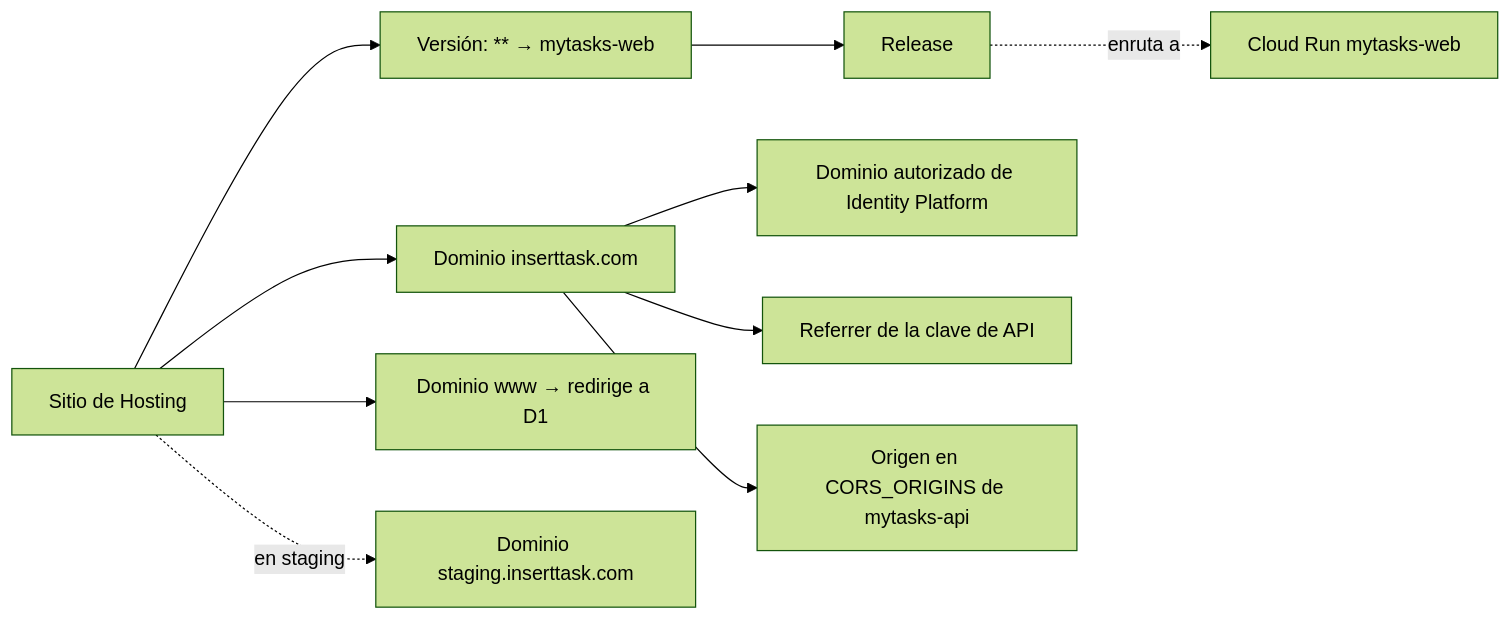
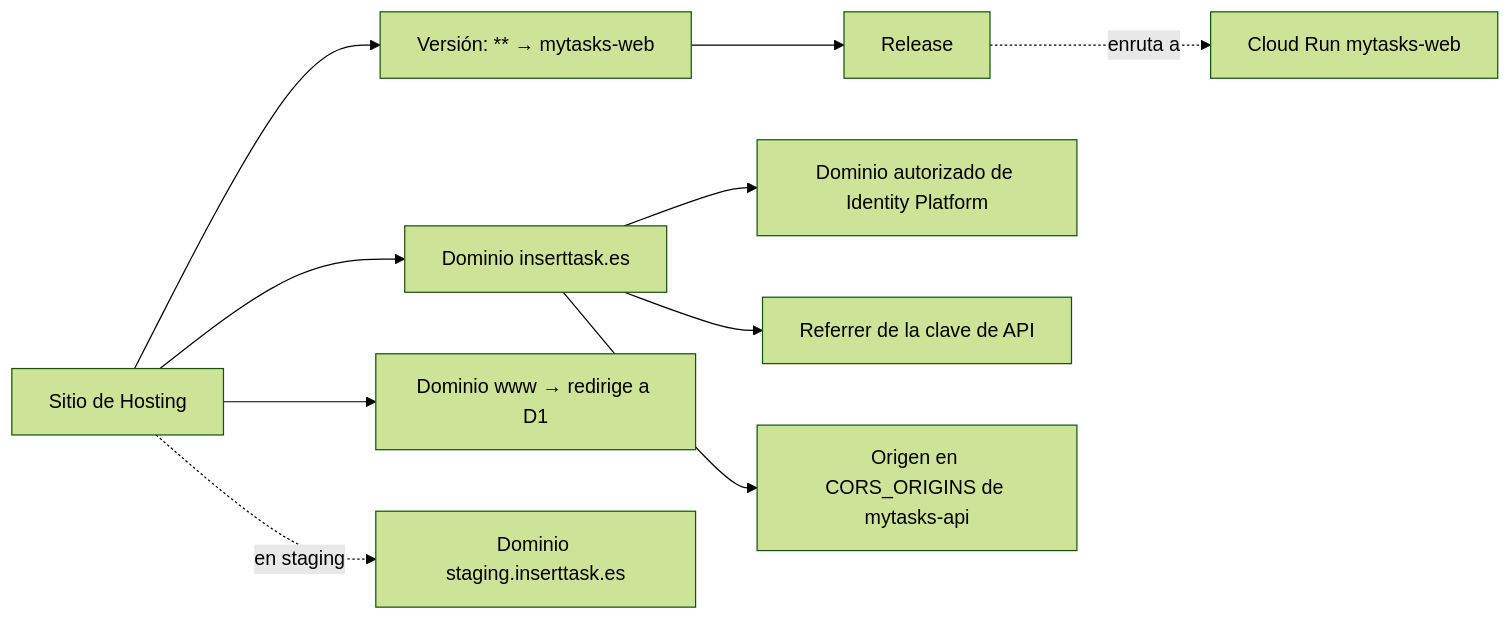
One commit to pcodlcruz/my-tasks changed the second of 2 diagrams in specs/005-custom-domain/data-model.md. Above: the diagram before and after it, drawn with Mermaid (forest theme). The commit also changed other lines of this file and 9 other files, not shown here.

````diff
--- a/specs/005-custom-domain/data-model.md
+++ b/specs/005-custom-domain/data-model.md
@@ -83,12 +96,12 @@
 ```mermaid
 flowchart LR
     S[Sitio de Hosting] --> V[Versión: ** → mytasks-web]
     V --> R[Release]
-    S --> D1[Dominio inserttask.com]
+    S --> D1[Dominio inserttask.es]
     S --> D2[Dominio www → redirige a D1]
-    S -. en staging .-> D3[Dominio staging.inserttask.com]
+    S -. en staging .-> D3[Dominio staging.inserttask.es]
     R -. enruta a .-> W[Cloud Run mytasks-web]
     D1 --> A[Dominio autorizado de Identity Platform]
     D1 --> K[Referrer de la clave de API]
     D1 --> C[Origen en CORS_ORIGINS de mytasks-api]
 ```
````
